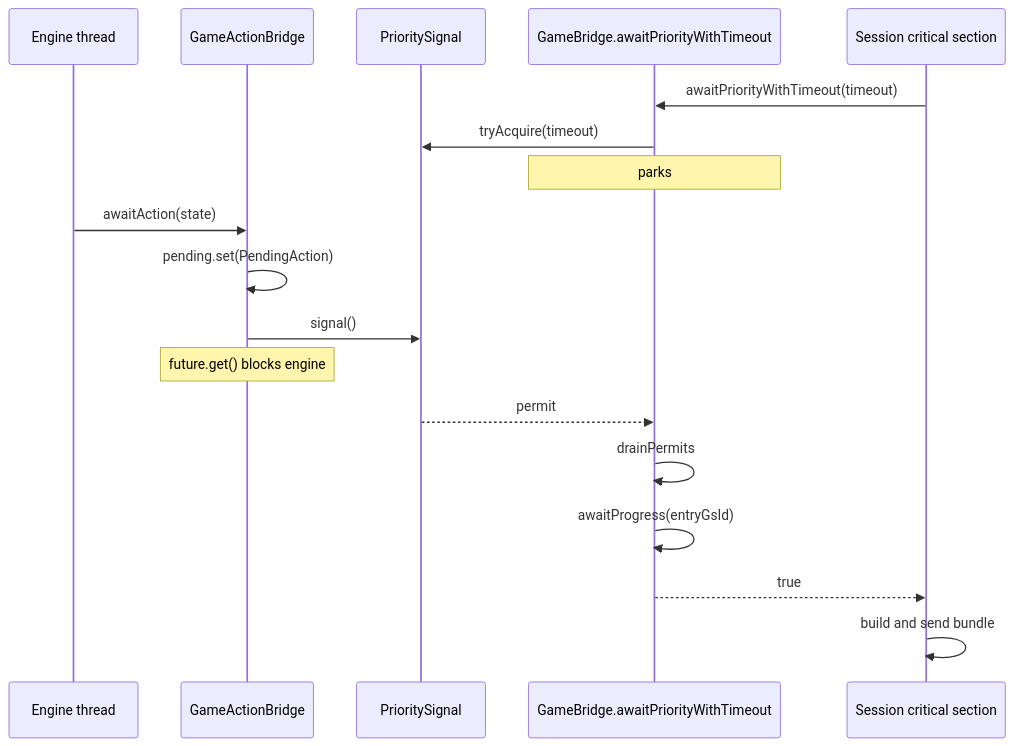
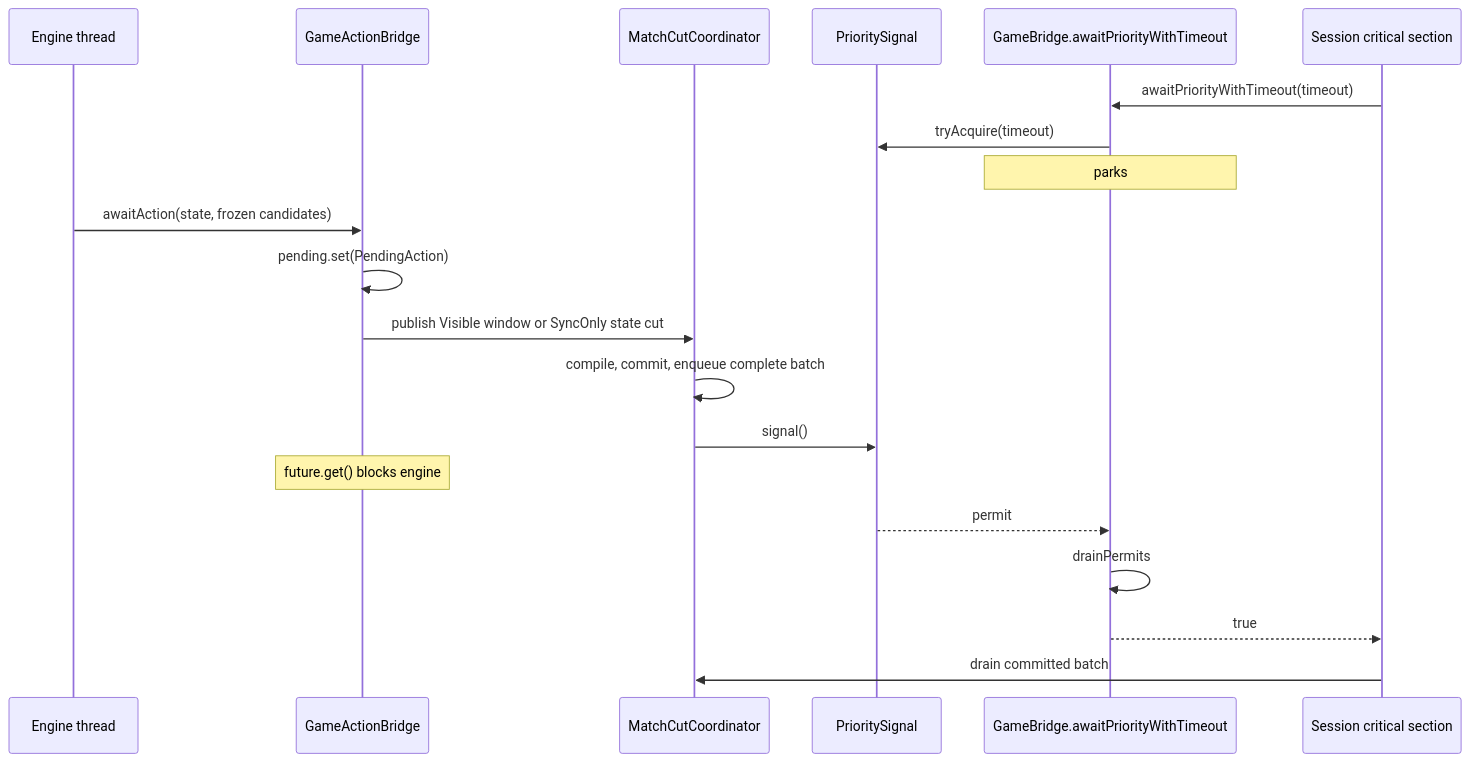
The second of 2 diagrams in docs/bridge-threading.md (delebedev/leyline), drawn with Mermaid before and after one commit. The commit also changed other lines of this file and 98 other files, not shown here.

````diff
--- a/docs/bridge-threading.md
+++ b/docs/bridge-threading.md
@@ -96,21 +96,23 @@
 ```mermaid
 sequenceDiagram
     participant ENG as Engine thread
     participant AB as GameActionBridge
+    participant CUT as MatchCutCoordinator
     participant SIG as PrioritySignal
     participant GB as GameBridge.awaitPriorityWithTimeout
     participant SESS as Session critical section
 
     SESS->>GB: awaitPriorityWithTimeout(timeout)
     GB->>SIG: tryAcquire(timeout)
     Note over GB: parks
-    ENG->>AB: awaitAction(state)
+    ENG->>AB: awaitAction(state, frozen candidates)
     AB->>AB: pending.set(PendingAction)
-    AB->>SIG: signal()
+    AB->>CUT: publish Visible window or SyncOnly state cut
+    CUT->>CUT: compile, commit, enqueue complete batch
+    CUT->>SIG: signal()
     Note over AB: future.get() blocks engine
     SIG-->>GB: permit
     GB->>GB: drainPermits
-    GB->>GB: awaitProgress(entryGsId)
     GB-->>SESS: true
-    SESS->>SESS: build and send bundle
+    SESS->>CUT: drain committed batch
 ```
````
